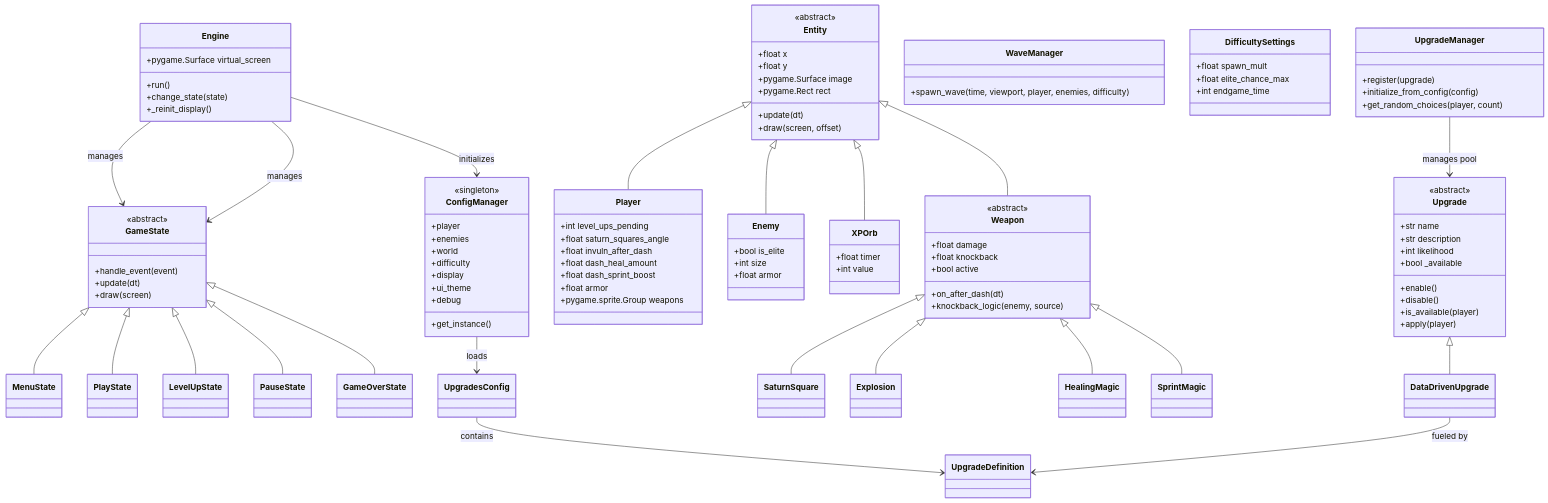
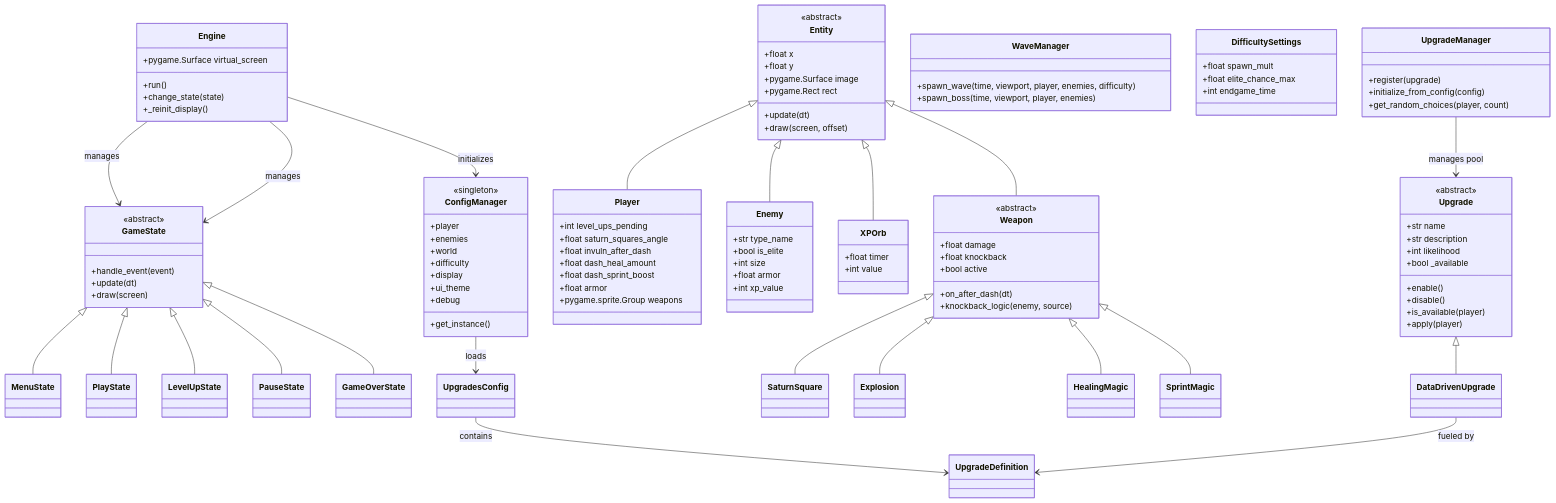
The diagram in README.md (lavariall/square-survivors), drawn with Mermaid before and after one commit. The commit also changed other lines of this file and 6 other files, not shown here.

First line of the commit message:
feat: add Boss enemy type and refactor enemy system for multi-type support

```diff
--- a/README.md
+++ b/README.md
@@ -67,9 +67,11 @@
         +pygame.sprite.Group weapons
     }
     class Enemy {
+        +str type_name
         +bool is_elite
         +int size
         +float armor
+        +int xp_value
     }
     class XPOrb { 
         +float timer
@@ -103,6 +105,7 @@
     %% Systems
     class WaveManager {
         +spawn_wave(time, viewport, player, enemies, difficulty)
+        +spawn_boss(time, viewport, player, enemies)
     }
     class DifficultySettings {
         +float spawn_mult
```
